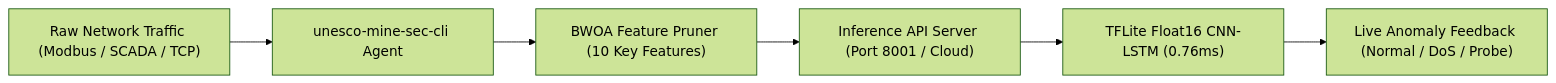
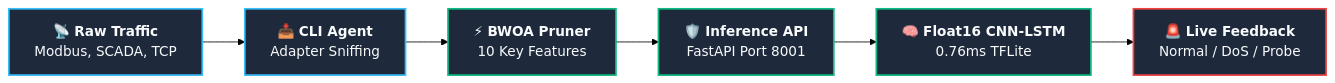
One commit to mhiskall282/Securing-the-Digital-Mine-UNESCO-Project changed the diagram in npm-packet-scanner/README.md. Above: the diagram before and after it, drawn with Mermaid (forest theme). The commit also changed 9 other files, not shown here.

Commit message:
style(docs): optimize Mermaid diagrams for GitBook with wide horizontal layouts and high contrast

````diff
--- a/npm-packet-scanner/README.md
+++ b/npm-packet-scanner/README.md
@@ -23,8 +23,16 @@
 ```mermaid
 flowchart LR
-    A["Raw Network Traffic (Modbus / SCADA / TCP)"] --> B["unesco-mine-sec-cli Agent"]
-    B --> C["BWOA Feature Pruner (10 Key Features)"]
-    C --> D["Inference API Server (Port 8001 / Cloud)"]
-    D --> E["TFLite Float16 CNN-LSTM (0.76ms)"]
-    E --> F["Live Anomaly Feedback (Normal / DoS / Probe)"]
+    A["📡 <b>Raw Traffic</b><br/>Modbus, SCADA, TCP"] --> B["📥 <b>CLI Agent</b><br/>Adapter Sniffing"]
+    B --> C["⚡ <b>BWOA Pruner</b><br/>10 Key Features"]
+    C --> D["🛡️ <b>Inference API</b><br/>FastAPI Port 8001"]
+    D --> E["🧠 <b>Float16 CNN-LSTM</b><br/>0.76ms TFLite"]
+    E --> F["🚨 <b>Live Feedback</b><br/>Normal / DoS / Probe"]
+
+    classDef n1 fill:#1e293b,stroke:#38bdf8,stroke-width:2px,color:#f8fafc;
+    classDef n2 fill:#1e293b,stroke:#10b981,stroke-width:2px,color:#f8fafc;
+    classDef n3 fill:#1e293b,stroke:#ef4444,stroke-width:2px,color:#f8fafc;
+
+    class A,B n1;
+    class C,D,E n2;
+    class F n3;
 ```
````
